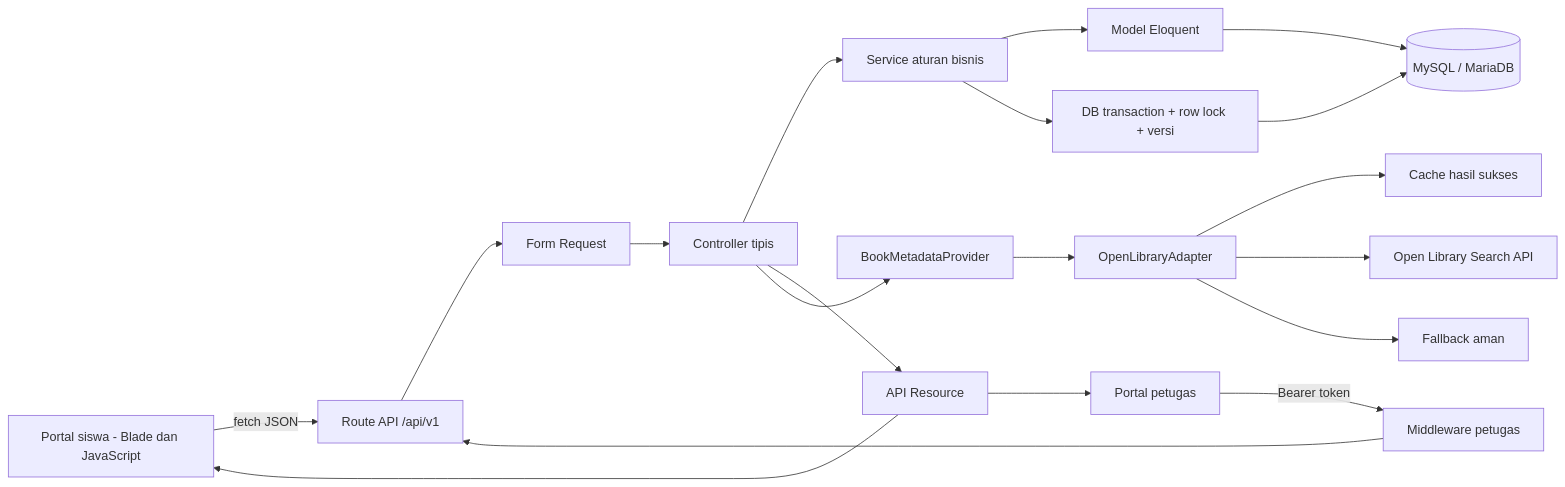
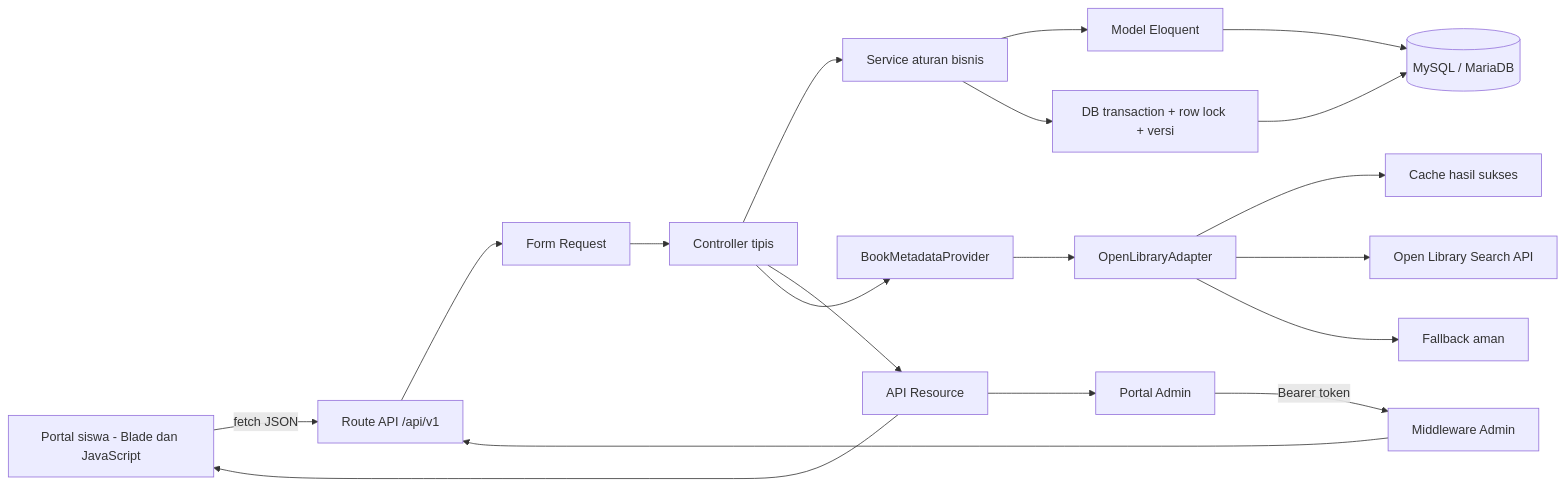
One commit to bilaalmuhammad1030/uts-web-service-perpustakaan-kelompok-2 changed the first of 3 diagrams in docs/bahan-laporan.md. Above: the diagram before and after it, drawn with Mermaid. The commit also changed other lines of this file and 68 other files, not shown here.

````diff
--- a/docs/bahan-laporan.md
+++ b/docs/bahan-laporan.md
@@ -17,21 +17,21 @@
 ```mermaid
 flowchart LR
     S[Portal siswa - Blade dan JavaScript] -->|fetch JSON| R[Route API /api/v1]
-    P[Portal petugas] -->|Bearer token| A[Middleware petugas]
+    P[Portal Admin] -->|Bearer token| A[Middleware Admin]
     A --> R
     R --> F[Form Request]
     F --> C[Controller tipis]
     C --> L[Service aturan bisnis]
     L --> M[Model Eloquent]
     M --> D[(MySQL / MariaDB)]
     L --> T[DB transaction + row lock + versi]
     T --> D
     C --> O[API Resource]
     O --> S
     O --> P
     C --> I[BookMetadataProvider]
     I --> E[OpenLibraryAdapter]
     E --> K[Cache hasil sukses]
     E --> X[Open Library Search API]
     E --> B[Fallback aman]
 ```
````
